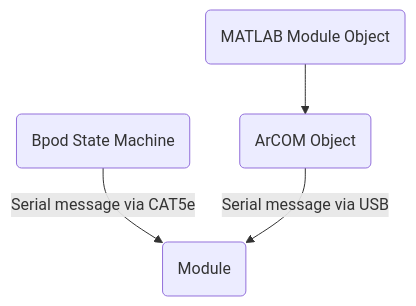
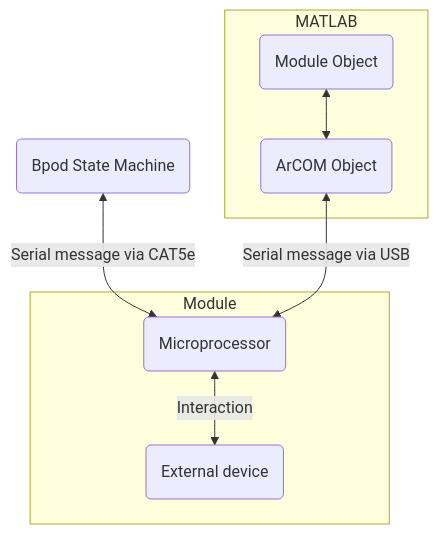
Before and after one commit to ogeesan/bpod-docs-testing: the diagram in docs/user-guide/modules.md, drawn with Mermaid. The commit also changed other lines of this file and 4 other files, not shown here.

````diff
--- a/docs/user-guide/modules.md
+++ b/docs/user-guide/modules.md
@@ -9,11 +30,17 @@
 ```mermaid
 flowchart
+subgraph MATLAB
 arcom(ArCOM Object)
-modulefunction(MATLAB Module Object)
-moduleserial(Module)
+modulefunction(Module Object)
+end
 statemachine(Bpod State Machine)
+subgraph Module
+moduleserial(Microprocessor)
+external(External device)
+end
 
-modulefunction --> arcom
-statemachine -- Serial message via CAT5e --> moduleserial
-arcom -- Serial message via USB --> moduleserial
+modulefunction <--> arcom
+statemachine <-- Serial message via CAT5e --> moduleserial
+arcom <-- Serial message via USB --> moduleserial
+moduleserial <-- Interaction --> external
 ```
````
